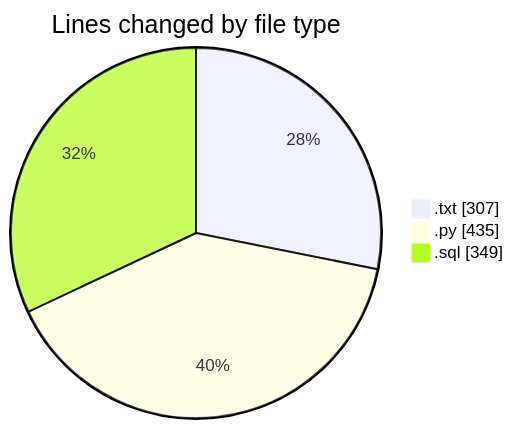
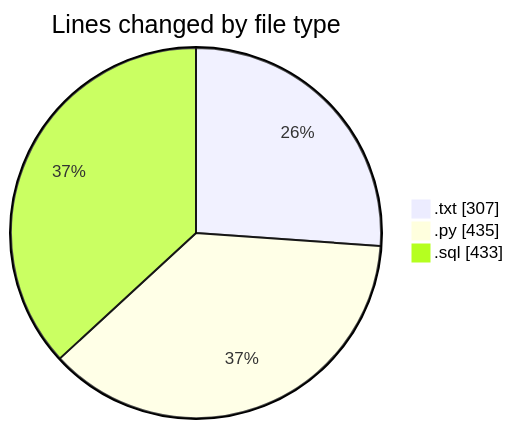
One commit to lephambinh05/code-tracking changed the first of 2 diagrams in 2025-09-16/datanv/README.md. Above: the diagram before and after it, drawn with Mermaid. The commit also changed other lines of this file and 1 other file, not shown here.

````diff
--- a/2025-09-16/datanv/README.md
+++ b/2025-09-16/datanv/README.md
@@ -25,7 +25,7 @@
 ```mermaid
 pie showData
 title Lines changed by file type
 ".txt" : 307
 ".py" : 435
-".sql" : 349
+".sql" : 433
 ```
````
